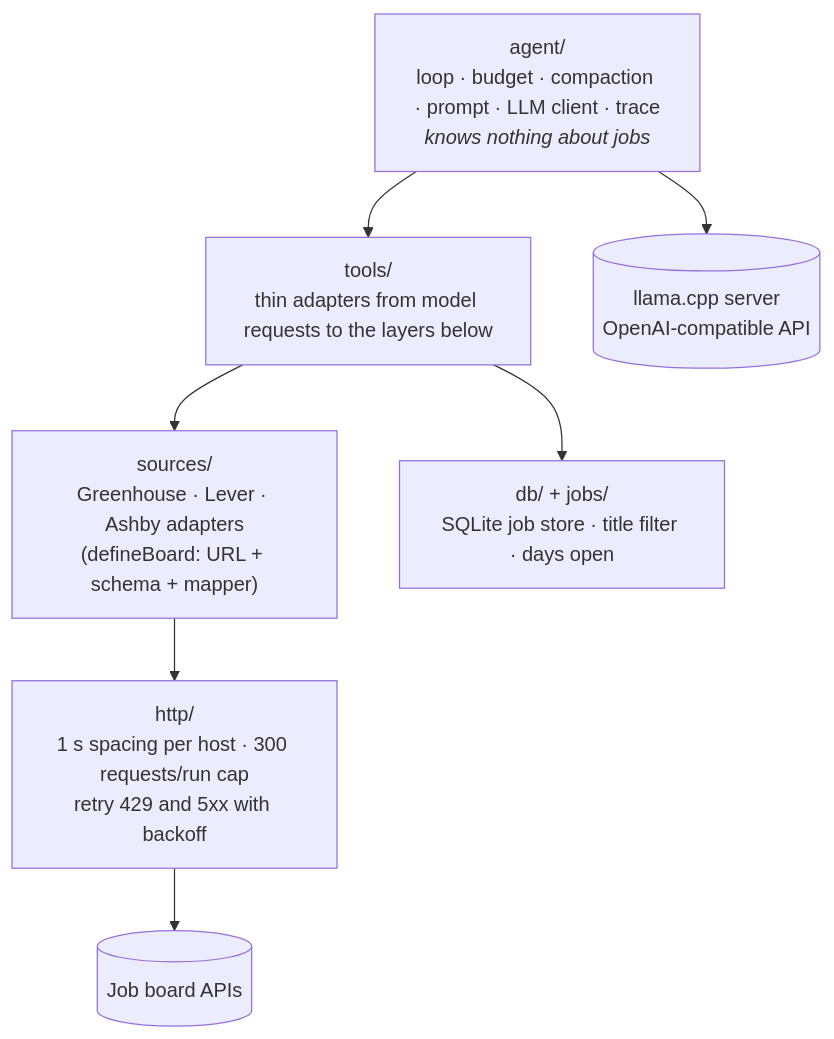
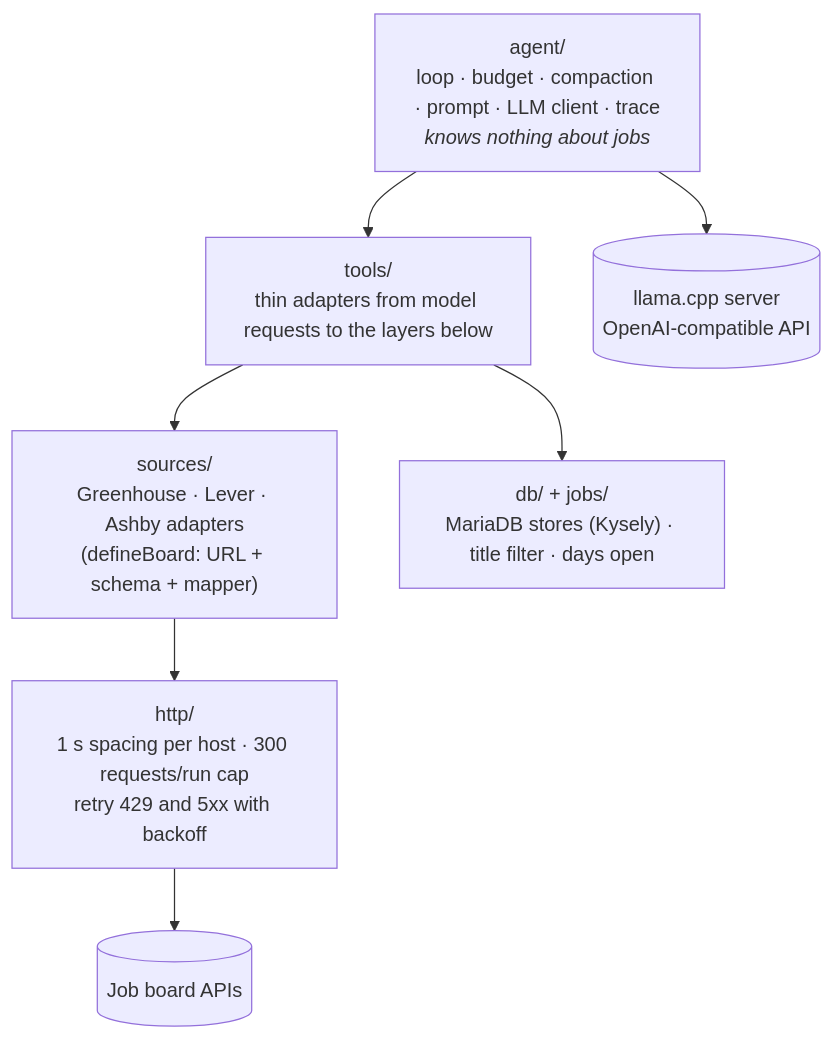
Before and after one commit to risingfish/myjobbot: the fifth of 7 diagrams in README.md, drawn with Mermaid. The commit also changed other lines of this file and 102 other files, not shown here.

First line of the commit message:
Move storage to MariaDB with Kysely (004) (#8)

````diff
--- a/README.md
+++ b/README.md
@@ -258,17 +290,17 @@
 ```mermaid
 flowchart TD
     AGENT["agent/<br/>loop · budget · compaction · prompt · LLM client · trace<br/><i>knows nothing about jobs</i>"]
     TOOLS["tools/<br/>thin adapters from model requests to the layers below"]
     SOURCES["sources/<br/>Greenhouse · Lever · Ashby adapters<br/>(defineBoard: URL + schema + mapper)"]
     HTTP["http/<br/>1 s spacing per host · 300 requests/run cap<br/>retry 429 and 5xx with backoff"]
-    DB["db/ + jobs/<br/>SQLite job store · title filter · days open"]
+    DB["db/ + jobs/<br/>MariaDB stores (Kysely) · title filter · days open"]
     LLAMA[("llama.cpp server<br/>OpenAI-compatible API")]
     BOARDS[("Job board APIs")]
 
     AGENT --> TOOLS
     AGENT --> LLAMA
     TOOLS --> SOURCES
     TOOLS --> DB
     SOURCES --> HTTP
     HTTP --> BOARDS
 ```
````
